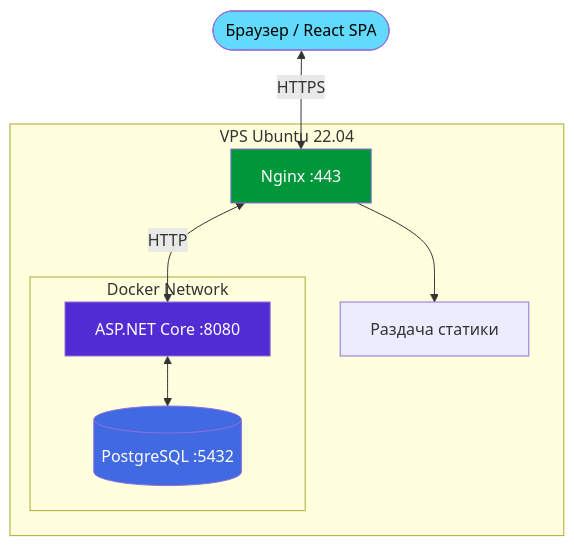
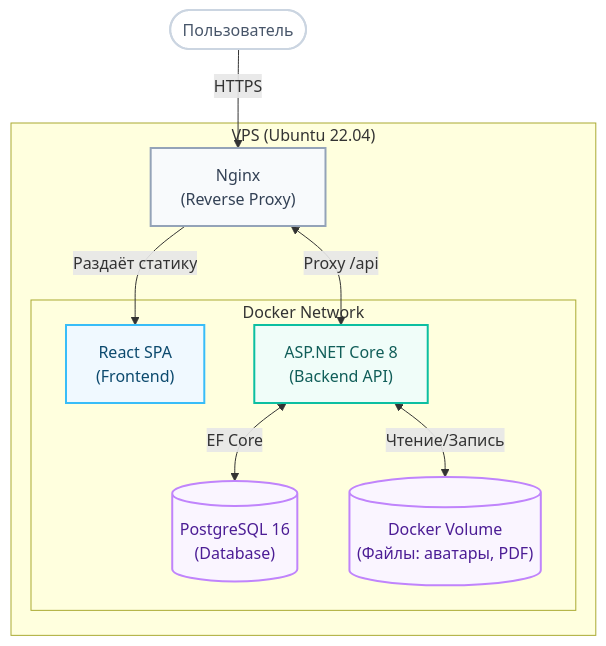
Before and after one commit to Digital-SGN/StudentCouncilPlatform: the diagram in README.md, drawn with Mermaid.

````diff
--- a/README.md
+++ b/README.md
@@ -60,24 +60,36 @@
 ```mermaid
 flowchart TD
-    Client([Браузер / React SPA])
-
-    subgraph VPS [VPS Ubuntu 22.04]
-        Nginx[Nginx :443]
-        Static[Раздача статики]
-
-        subgraph Docker [Docker Network]
-            API[ASP.NET Core :8080]
-            DB[(PostgreSQL :5432)]
+    User([Пользователь])
+    
+    subgraph VPS ["VPS (Ubuntu 22.04)"]
+        Nginx["Nginx\n(Reverse Proxy)"]
+        
+        subgraph Docker ["Docker Network"]
+            Frontend["React SPA\n(Frontend)"]
+            Backend["ASP.NET Core 8\n(Backend API)"]
+            DB[("PostgreSQL 16\n(Database)")]
+            Storage[("Docker Volume\n(Файлы: аватары, PDF)")]
         end
     end
 
-    Client <-->|HTTPS| Nginx
-    Nginx --> Static
-    Nginx <-->|HTTP| API
-    API <--> DB
+    User -->|HTTPS| Nginx
+    Nginx -->|Раздаёт статику| Frontend
+    Nginx <-->|Proxy /api| Backend
+    
+    Backend <-->|EF Core| DB
+    Backend <-->|Чтение/Запись| Storage
 
-    style Client fill:#61DAFB,color:#000
-    style Nginx fill:#009639,color:#fff
-    style API fill:#512BD4,color:#fff
-    style DB fill:#4169E1,color:#fff
+    %% Стили (пастельные цвета)
+    classDef user fill:#ffffff,stroke:#cbd5e1,stroke-width:2px,color:#475569;
+    classDef frontend fill:#f0f9ff,stroke:#38bdf8,stroke-width:2px,color:#0c4a6e;
+    classDef backend fill:#f0fdf9,stroke:#0CBFA1,stroke-width:2px,color:#115e59;
+    classDef database fill:#faf5ff,stroke:#c084fc,stroke-width:2px,color:#4c1d95;
+    classDef infra fill:#f8fafc,stroke:#94a3b8,stroke-width:2px,color:#334155;
+
+    class User user;
+    class Nginx infra;
+    class Frontend frontend;
+    class Backend backend;
+    class DB database;
+    class Storage database;
 ```
````
